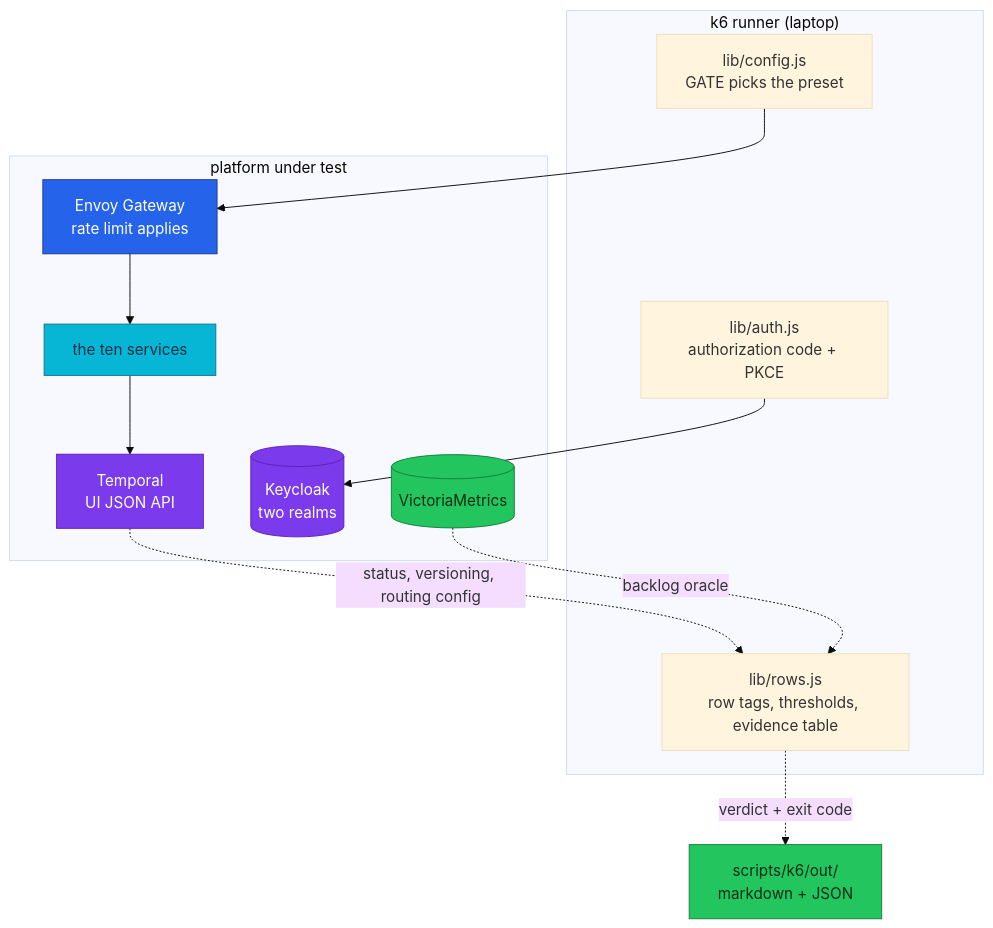
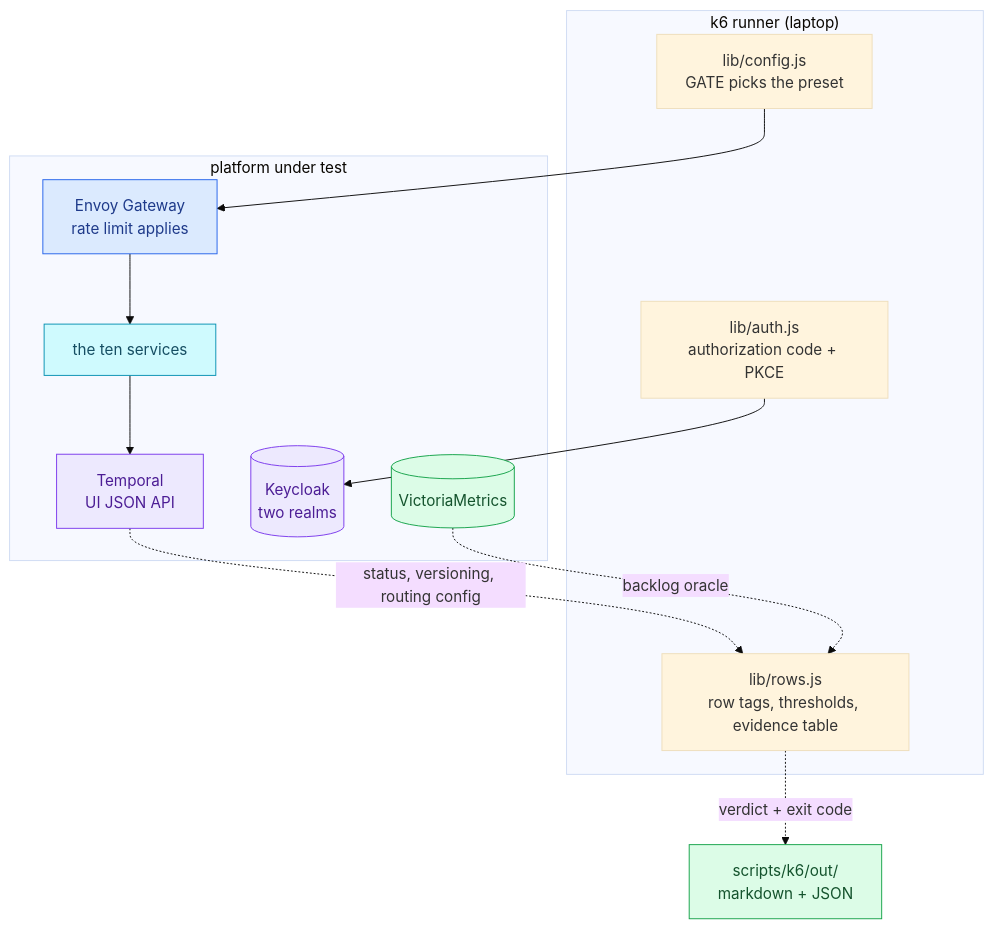
The diagram in docs/testing/k6.md (duynhlab/homelab), drawn with Mermaid (base theme) before and after one commit. The commit also changed 174 other files, not shown here.

First line of the commit message:
Soft-tint diagram palette, a signal-flow diagram, a Linux-ready Draw.io skill

````diff
--- a/docs/testing/k6.md
+++ b/docs/testing/k6.md
@@ -47,34 +47,34 @@
 ```mermaid
 flowchart TD
   subgraph runner["k6 runner (laptop)"]
     cfg["lib/config.js<br/>GATE picks the preset"]
     auth["lib/auth.js<br/>authorization code + PKCE"]
     rows["lib/rows.js<br/>row tags, thresholds, evidence table"]
   end
 
   cfg --> edge
   auth --> kc
   subgraph platform["platform under test"]
     edge["Envoy Gateway<br/>rate limit applies"]
     kc[("Keycloak<br/>two realms")]
     svc["the ten services"]
     tem["Temporal<br/>UI JSON API"]
     vm[("VictoriaMetrics")]
   end
 
   edge --> svc
   svc --> tem
   rows -.->|"verdict + exit code"| out["scripts/k6/out/<br/>markdown + JSON"]
   tem -.->|"status, versioning, routing config"| rows
   vm -.->|"backlog oracle"| rows
 
-  classDef edgeC fill:#2563eb,color:#fff,stroke:#1e3a8a;
-  classDef service fill:#06b6d4,color:#082f49,stroke:#0e7490;
-  classDef platformC fill:#7c3aed,color:#fff,stroke:#5b21b6;
-  classDef data fill:#22c55e,color:#052e16,stroke:#15803d;
+  classDef edgeC fill:#dbeafe,color:#1e3a8a,stroke:#2563eb;
+  classDef service fill:#cffafe,color:#164e63,stroke:#0891b2;
+  classDef platformC fill:#ede9fe,color:#4c1d95,stroke:#7c3aed;
+  classDef data fill:#dcfce7,color:#14532d,stroke:#16a34a;
 
   class edge edgeC;
   class svc service;
   class kc,tem platformC;
   class vm,out data;
 ```
````
